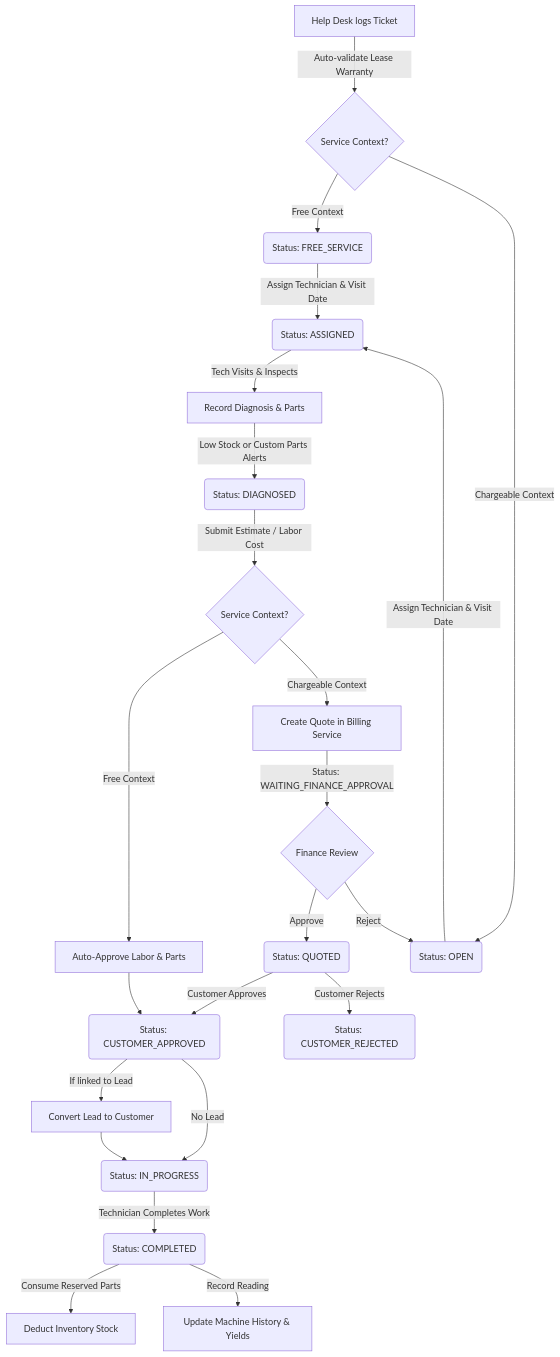
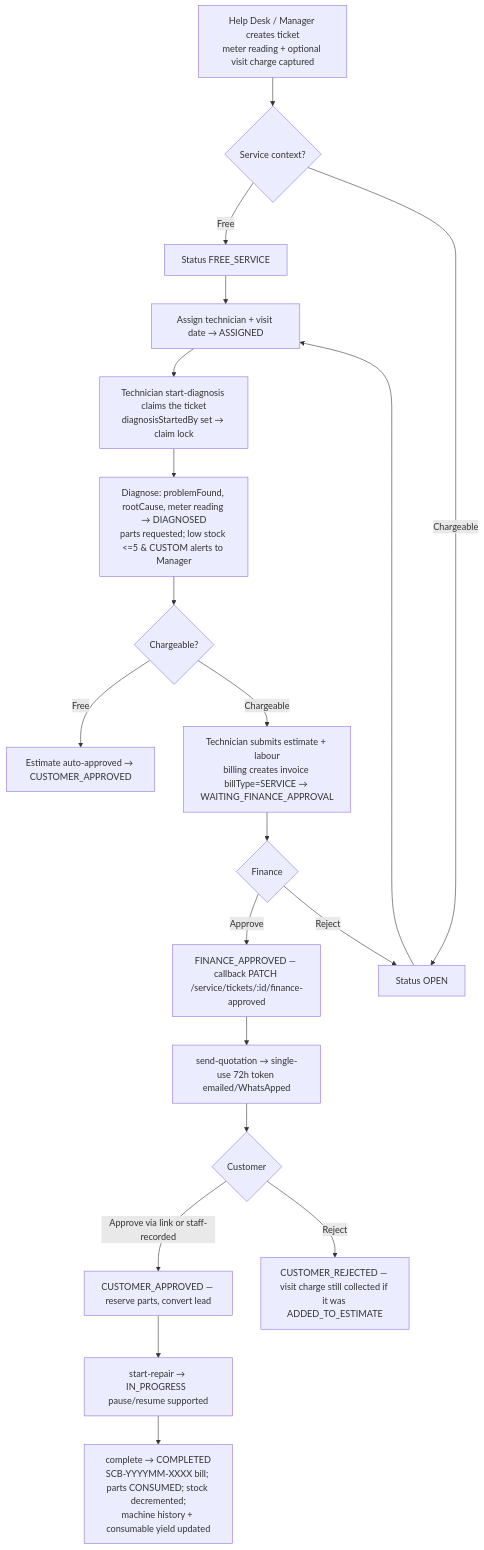
One commit to devxtra-community/xerocare changed the second of 2 diagrams in docs/XEROCARE_COMPLETE_DOCUMENTATION.md. Above: the diagram before and after it, drawn with Mermaid. The commit also changed other lines of this file and 56 other files, not shown here.

````diff
--- a/docs/XEROCARE_COMPLETE_DOCUMENTATION.md
+++ b/docs/XEROCARE_COMPLETE_DOCUMENTATION.md
@@ -2726,37 +844,21 @@
 ```mermaid
 graph TD
-    %% Creation
-    A[Help Desk logs Ticket] -->|Auto-validate Lease Warranty| B{Service Context?}
-    B -->|Free Context| C(Status: FREE_SERVICE)
-    B -->|Chargeable Context| D(Status: OPEN)
-
-    %% Assignment
-    C & D -->|Assign Technician & Visit Date| E(Status: ASSIGNED)
-
-    %% Diagnosis
-    E -->|Tech Visits & Inspects| F[Record Diagnosis & Parts]
-    F -->|Low Stock or Custom Parts Alerts| G(Status: DIAGNOSED)
-
-    %% Estimating & Quoting
-    G -->|Submit Estimate / Labor Cost| H{Service Context?}
-    H -->|Free Context| I[Auto-Approve Labor & Parts]
-    H -->|Chargeable Context| J[Create Quote in Billing Service]
-
-    I --> K(Status: CUSTOMER_APPROVED)
-
-    J -->|Status: WAITING_FINANCE_APPROVAL| L{Finance Review}
-    L -->|Approve| M(Status: QUOTED)
-    L -->|Reject| D
-
-    M -->|Customer Approves| K
-    M -->|Customer Rejects| N(Status: CUSTOMER_REJECTED)
-
-    %% Execution & Close
-    K -->|If linked to Lead| O[Convert Lead to Customer]
-    O --> P(Status: IN_PROGRESS)
-    K -->|No Lead| P
-
-    P -->|Technician Completes Work| Q(Status: COMPLETED)
-    Q -->|Consume Reserved Parts| R[Deduct Inventory Stock]
-    Q -->|Record Reading| S[Update Machine History & Yields]
+    A[Help Desk / Manager creates ticket<br/>meter reading + optional visit charge captured] --> B{Service context?}
+    B -->|Free| C[Status FREE_SERVICE]
+    B -->|Chargeable| D[Status OPEN]
+    C & D --> E[Assign technician + visit date → ASSIGNED]
+    E --> F[Technician start-diagnosis claims the ticket<br/>diagnosisStartedBy set → claim lock]
+    F --> G[Diagnose: problemFound, rootCause, meter reading → DIAGNOSED<br/>parts requested; low stock <=5 & CUSTOM alerts to Manager]
+    G --> H{Chargeable?}
+    H -->|Free| I[Estimate auto-approved → CUSTOMER_APPROVED]
+    H -->|Chargeable| J[Technician submits estimate + labour<br/>billing creates invoice billType=SERVICE → WAITING_FINANCE_APPROVAL]
+    J --> K{Finance}
+    K -->|Approve| L[FINANCE_APPROVED — callback PATCH /service/tickets/:id/finance-approved]
+    K -->|Reject| D
+    L --> M[send-quotation → single-use 72h token emailed/WhatsApped]
+    M --> N{Customer}
+    N -->|Approve via link or staff-recorded| O[CUSTOMER_APPROVED — reserve parts, convert lead]
+    N -->|Reject| P[CUSTOMER_REJECTED — visit charge still collected if it was ADDED_TO_ESTIMATE]
+    O --> Q[start-repair → IN_PROGRESS  pause/resume supported]
+    Q --> R[complete → COMPLETED<br/>SCB-YYYYMM-XXXX bill; parts CONSUMED; stock decremented;<br/>machine history + consumable yield updated]
 ```
````
